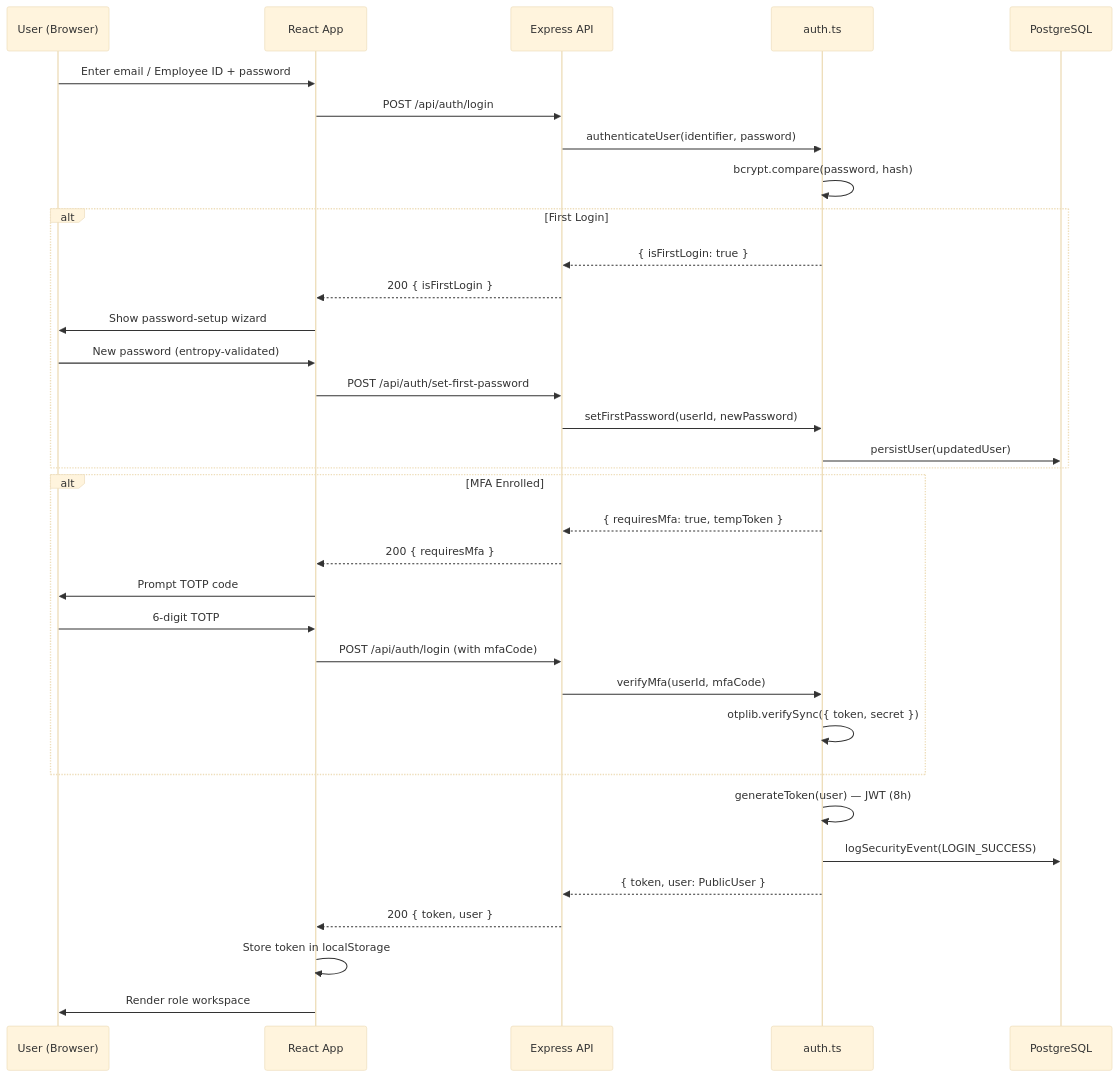
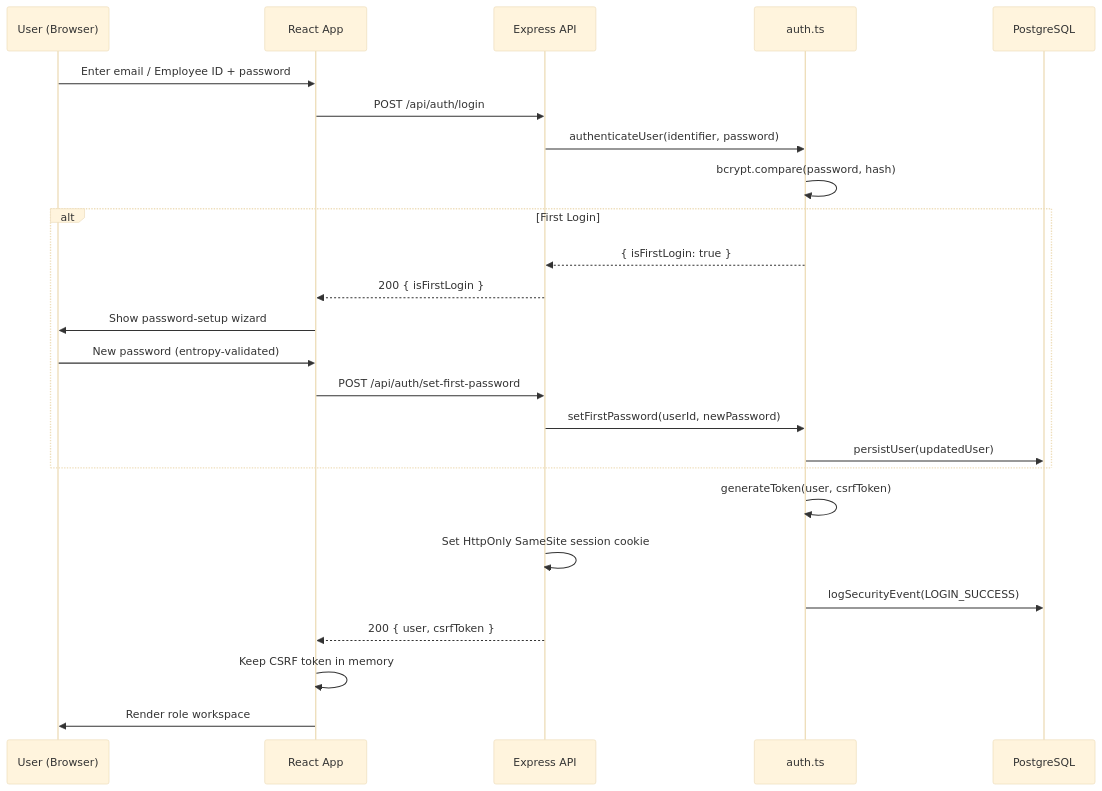
Before and after one commit to sibbsagentmathonsi-hash/NPRT630: the second of 5 diagrams in README.md, drawn with Mermaid (base theme). The commit also changed other lines of this file and 40 other files, not shown here.

````diff
--- a/README.md
+++ b/README.md
@@ -160,37 +165,28 @@
 ```mermaid
 sequenceDiagram
     participant U as User (Browser)
     participant FE as React App
     participant API as Express API
     participant AUTH as auth.ts
     participant DB as PostgreSQL
 
     U->>FE: Enter email / Employee ID + password
     FE->>API: POST /api/auth/login
     API->>AUTH: authenticateUser(identifier, password)
     AUTH->>AUTH: bcrypt.compare(password, hash)
     alt First Login
         AUTH-->>API: { isFirstLogin: true }
         API-->>FE: 200 { isFirstLogin }
         FE->>U: Show password-setup wizard
         U->>FE: New password (entropy-validated)
         FE->>API: POST /api/auth/set-first-password
         API->>AUTH: setFirstPassword(userId, newPassword)
         AUTH->>DB: persistUser(updatedUser)
     end
-    alt MFA Enrolled
-        AUTH-->>API: { requiresMfa: true, tempToken }
-        API-->>FE: 200 { requiresMfa }
-        FE->>U: Prompt TOTP code
-        U->>FE: 6-digit TOTP
-        FE->>API: POST /api/auth/login (with mfaCode)
-        API->>AUTH: verifyMfa(userId, mfaCode)
-        AUTH->>AUTH: otplib.verifySync({ token, secret })
-    end
-    AUTH->>AUTH: generateToken(user) — JWT (8h)
+    AUTH->>AUTH: generateToken(user, csrfToken)
+    API->>API: Set HttpOnly SameSite session cookie
     AUTH->>DB: logSecurityEvent(LOGIN_SUCCESS)
-    AUTH-->>API: { token, user: PublicUser }
-    API-->>FE: 200 { token, user }
-    FE->>FE: Store token in localStorage
+    API-->>FE: 200 { user, csrfToken }
+    FE->>FE: Keep CSRF token in memory
     FE->>U: Render role workspace
 ```
````
